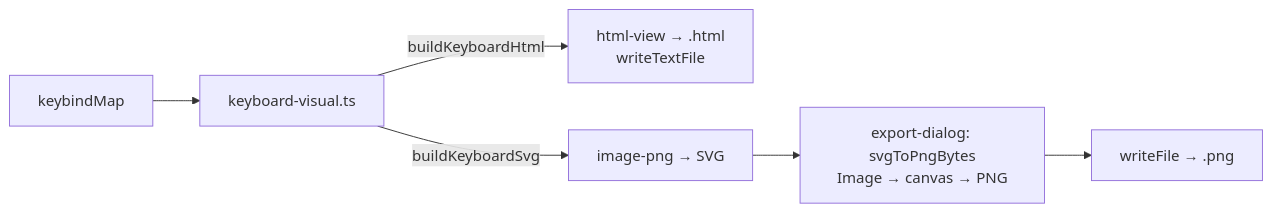
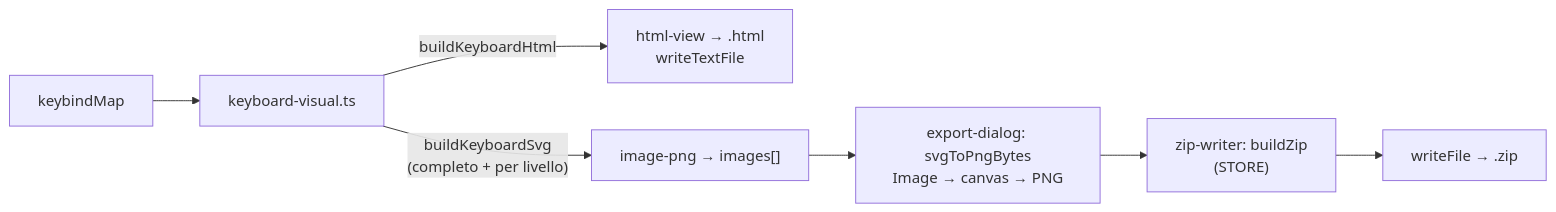
One commit to Alexkill536ITA/ForgeModpack changed the third of 4 diagrams in docs/it/tecnica/09-keybind-io.md. Above: the diagram before and after it, drawn with Mermaid. The commit also changed other lines of this file and 47 other files, not shown here.

````diff
--- a/docs/it/tecnica/09-keybind-io.md
+++ b/docs/it/tecnica/09-keybind-io.md
@@ -136,8 +183,9 @@
 ```mermaid
 flowchart LR
     Map["keybindMap"] --> Visual["keyboard-visual.ts"]
     Visual -->|buildKeyboardHtml| HTML["html-view → .html<br/>writeTextFile"]
-    Visual -->|buildKeyboardSvg| SVG["image-png → SVG"]
+    Visual -->|"buildKeyboardSvg<br/>(completo + per livello)"| SVG["image-png → images[]"]
     SVG --> Raster["export-dialog: svgToPngBytes<br/>Image → canvas → PNG"]
-    Raster --> Bin["writeFile → .png"]
+    Raster --> Zip["zip-writer: buildZip<br/>(STORE)"]
+    Zip --> Bin["writeFile → .zip"]
 ```
````
